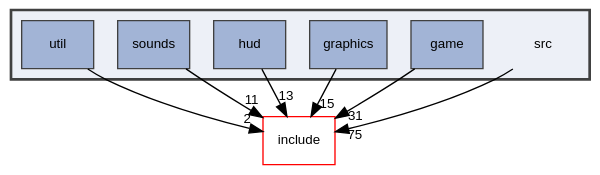
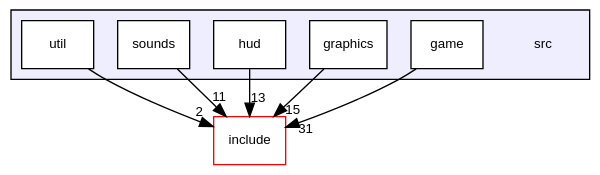
Before and after one commit to iliaskap12/chess: the diagram in dir_68267d1309a1af8e8297ef4c3efbcdba_dep.dot, drawn with Graphviz. The commit also changed 428 other files, not shown here.

```diff
--- a/dir_68267d1309a1af8e8297ef4c3efbcdba_dep.dot
+++ b/dir_68267d1309a1af8e8297ef4c3efbcdba_dep.dot
@@ -1,24 +1,21 @@
-digraph "/Users/runner/work/chess/chess/src"
-{
- // LATEX_PDF_SIZE
-  bgcolor="transparent";
-  edge [fontname="Helvetica",fontsize="10",labelfontname="Helvetica",labelfontsize="10"];
-  node [fontname="Helvetica",fontsize="10",shape=record];
+digraph "/Users/runner/work/chess/chess/src" {
+  bgcolor=transparent;
   compound=true
+  node [ fontsize="10", fontname="Helvetica"];
+  edge [ labelfontsize="10", labelfontname="Helvetica"];
   subgraph clusterdir_68267d1309a1af8e8297ef4c3efbcdba {
-    graph [ bgcolor="#edf0f7", pencolor="grey25", style="filled,bold,", label="", fontname="Helvetica", fontsize="10", URL="dir_68267d1309a1af8e8297ef4c3efbcdba.html"]
-    dir_68267d1309a1af8e8297ef4c3efbcdba [shape=plaintext, label="src"];
-  dir_1699be727a800b1d059c6f7f2b91d2ee [shape=box, label="game", style="filled,", fillcolor="#a2b4d6", color="grey25", URL="dir_1699be727a800b1d059c6f7f2b91d2ee.html"];
-  dir_560415a5d2bc4999842279f4fc1debef [shape=box, label="graphics", style="filled,", fillcolor="#a2b4d6", color="grey25", URL="dir_560415a5d2bc4999842279f4fc1debef.html"];
-  dir_47f8c9664a0c75d525313679f84f9445 [shape=box, label="hud", style="filled,", fillcolor="#a2b4d6", color="grey25", URL="dir_47f8c9664a0c75d525313679f84f9445.html"];
-  dir_a96564f6348ccf85c63c82abdf96cc4c [shape=box, label="sounds", style="filled,", fillcolor="#a2b4d6", color="grey25", URL="dir_a96564f6348ccf85c63c82abdf96cc4c.html"];
-  dir_b7878ad5ecbf2506f4125b9d34c97e45 [shape=box, label="util", style="filled,", fillcolor="#a2b4d6", color="grey25", URL="dir_b7878ad5ecbf2506f4125b9d34c97e45.html"];
+    graph [ bgcolor="#eeeeff", pencolor="black", label="" URL="dir_68267d1309a1af8e8297ef4c3efbcdba.html"];
+    dir_68267d1309a1af8e8297ef4c3efbcdba [shape=plaintext label="src"];
+  dir_1699be727a800b1d059c6f7f2b91d2ee [shape=box label="game" fillcolor="white" style="filled" URL="dir_1699be727a800b1d059c6f7f2b91d2ee.html"];
+  dir_560415a5d2bc4999842279f4fc1debef [shape=box label="graphics" fillcolor="white" style="filled" URL="dir_560415a5d2bc4999842279f4fc1debef.html"];
+  dir_47f8c9664a0c75d525313679f84f9445 [shape=box label="hud" fillcolor="white" style="filled" URL="dir_47f8c9664a0c75d525313679f84f9445.html"];
+  dir_a96564f6348ccf85c63c82abdf96cc4c [shape=box label="sounds" fillcolor="white" style="filled" URL="dir_a96564f6348ccf85c63c82abdf96cc4c.html"];
+  dir_b7878ad5ecbf2506f4125b9d34c97e45 [shape=box label="util" fillcolor="white" style="filled" URL="dir_b7878ad5ecbf2506f4125b9d34c97e45.html"];
   }
-  dir_d44c64559bbebec7f509842c48db8b23 [shape=box, label="include", style="", fillcolor="#edf0f7", color="red", URL="dir_d44c64559bbebec7f509842c48db8b23.html"];
-  dir_68267d1309a1af8e8297ef4c3efbcdba->dir_d44c64559bbebec7f509842c48db8b23 [headlabel="75", labeldistance=1.5 headhref="dir_000009_000006.html"];
-  dir_1699be727a800b1d059c6f7f2b91d2ee->dir_d44c64559bbebec7f509842c48db8b23 [headlabel="31", labeldistance=1.5 headhref="dir_000001_000006.html"];
-  dir_560415a5d2bc4999842279f4fc1debef->dir_d44c64559bbebec7f509842c48db8b23 [headlabel="15", labeldistance=1.5 headhref="dir_000003_000006.html"];
-  dir_47f8c9664a0c75d525313679f84f9445->dir_d44c64559bbebec7f509842c48db8b23 [headlabel="13", labeldistance=1.5 headhref="dir_000005_000006.html"];
-  dir_a96564f6348ccf85c63c82abdf96cc4c->dir_d44c64559bbebec7f509842c48db8b23 [headlabel="11", labeldistance=1.5 headhref="dir_000008_000006.html"];
-  dir_b7878ad5ecbf2506f4125b9d34c97e45->dir_d44c64559bbebec7f509842c48db8b23 [headlabel="2", labeldistance=1.5 headhref="dir_000011_000006.html"];
+  dir_d44c64559bbebec7f509842c48db8b23 [shape=box label="include" color="red" URL="dir_d44c64559bbebec7f509842c48db8b23.html"];
+  dir_1699be727a800b1d059c6f7f2b91d2ee->dir_d44c64559bbebec7f509842c48db8b23 [headlabel="31", labeldistance=1.5 headhref="dir_000007_000000.html"];
+  dir_47f8c9664a0c75d525313679f84f9445->dir_d44c64559bbebec7f509842c48db8b23 [headlabel="13", labeldistance=1.5 headhref="dir_000009_000000.html"];
+  dir_560415a5d2bc4999842279f4fc1debef->dir_d44c64559bbebec7f509842c48db8b23 [headlabel="15", labeldistance=1.5 headhref="dir_000008_000000.html"];
+  dir_a96564f6348ccf85c63c82abdf96cc4c->dir_d44c64559bbebec7f509842c48db8b23 [headlabel="11", labeldistance=1.5 headhref="dir_000010_000000.html"];
+  dir_b7878ad5ecbf2506f4125b9d34c97e45->dir_d44c64559bbebec7f509842c48db8b23 [headlabel="2", labeldistance=1.5 headhref="dir_000011_000000.html"];
 }
```
